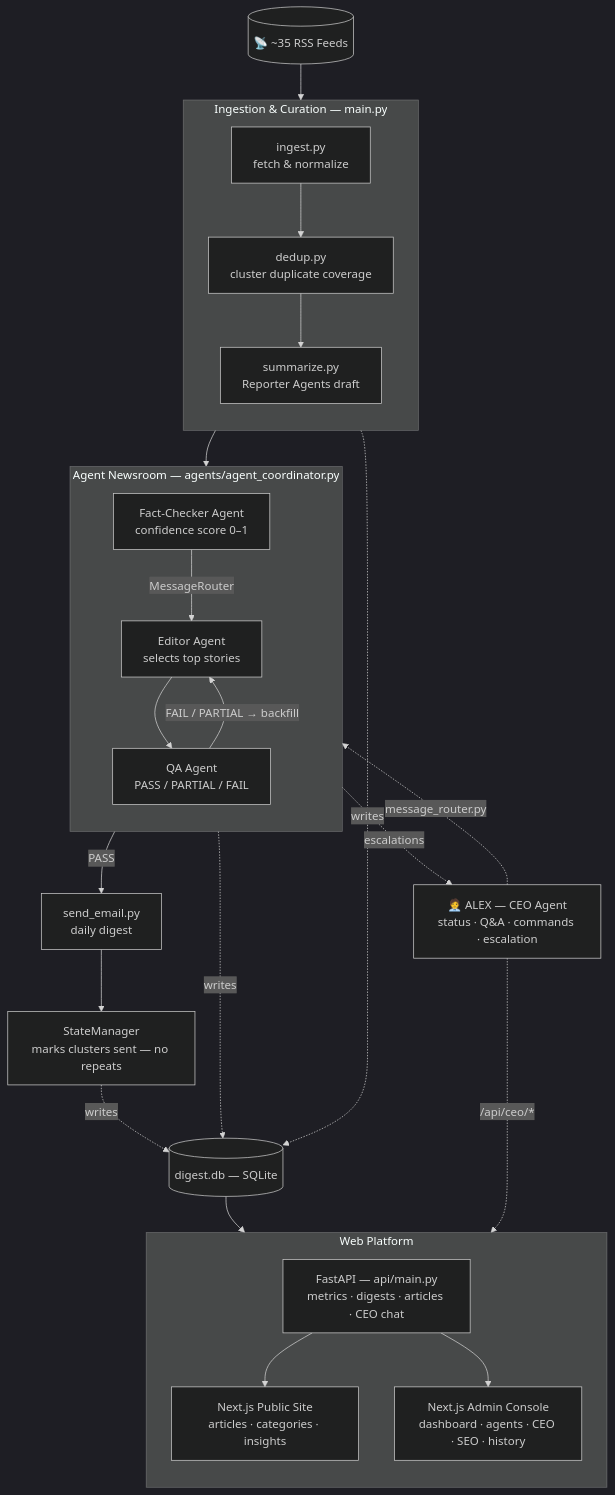
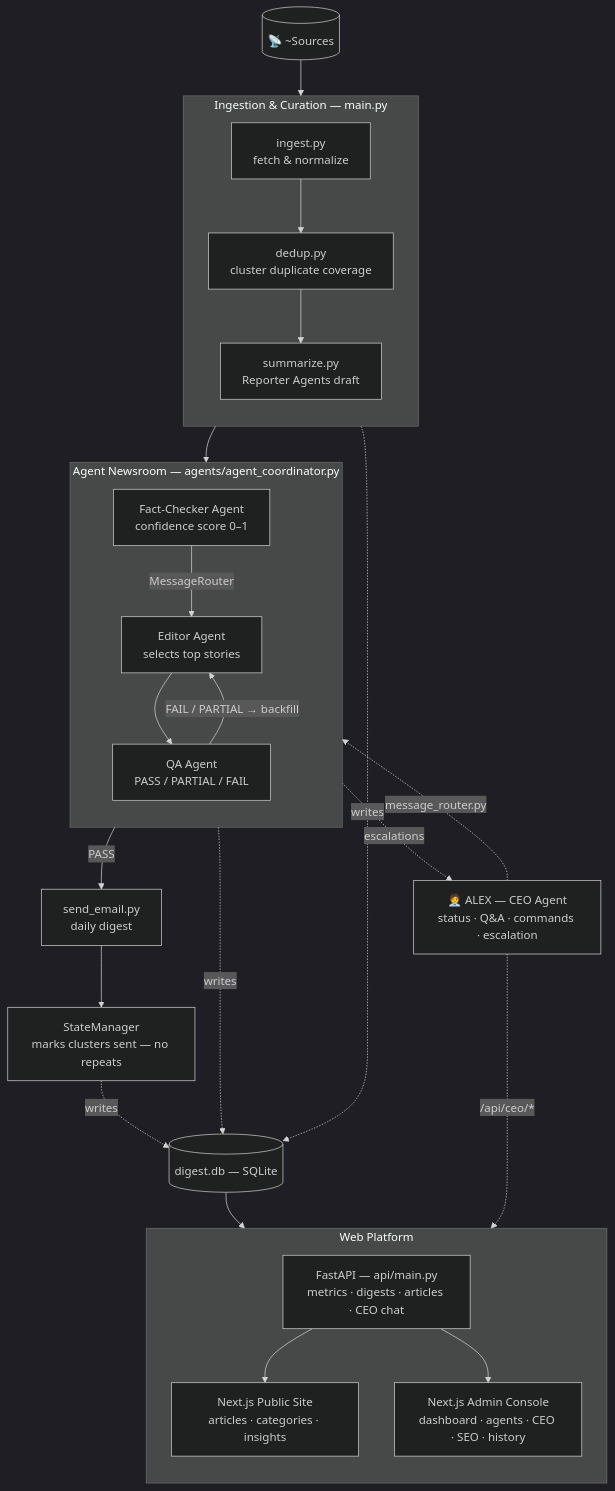
The first of 2 diagrams in README.md (harshitpatel6/autonomous-multi-agent-news-agency), drawn with Mermaid (dark theme) before and after one commit.

Commit message:
Readme File updates

````diff
--- a/README.md
+++ b/README.md
@@ -11,44 +11,44 @@
 ```mermaid
 flowchart TD
-    RSS[("📡 ~35 RSS Feeds")] --> ING["ingest.py<br/>fetch & normalize"]
+    RSS[("📡 ~Sources")] --> ING["ingest.py<br/>fetch & normalize"]
 
     subgraph PIPELINE["Ingestion & Curation — main.py"]
         direction TB
         ING --> DEDUP["dedup.py<br/>cluster duplicate coverage"]
         DEDUP --> SUMM["summarize.py<br/>Reporter Agents draft"]
     end
 
     subgraph NEWSROOM["Agent Newsroom — agents/agent_coordinator.py"]
         direction TB
         FC["Fact-Checker Agent<br/>confidence score 0–1"]
         ED["Editor Agent<br/>selects top stories"]
         QA["QA Agent<br/>PASS / PARTIAL / FAIL"]
         FC -->|MessageRouter| ED --> QA
         QA -- "FAIL / PARTIAL → backfill" --> ED
     end
 
     SUMM --> FC
     QA -->|PASS| EMAIL["send_email.py<br/>daily digest"]
     EMAIL --> STATE["StateManager<br/>marks clusters sent — no repeats"]
 
     ALEX["🧑‍💼 ALEX — CEO Agent<br/>status · Q&A · commands · escalation"]
     NEWSROOM -. "escalations" .-> ALEX
     ALEX -. "message_router.py" .-> NEWSROOM
 
     DB[("digest.db — SQLite")]
     PIPELINE -. writes .-> DB
     NEWSROOM -. writes .-> DB
     STATE -. writes .-> DB
 
     subgraph PLATFORM["Web Platform"]
         direction TB
         API["FastAPI — api/main.py<br/>metrics · digests · articles · CEO chat"]
         SITE["Next.js Public Site<br/>articles · categories · insights"]
         ADMIN["Next.js Admin Console<br/>dashboard · agents · CEO · SEO · history"]
         API --> SITE
         API --> ADMIN
     end
 
     DB --> API
     ALEX -. "/api/ceo/*" .-> API
 ```
````
